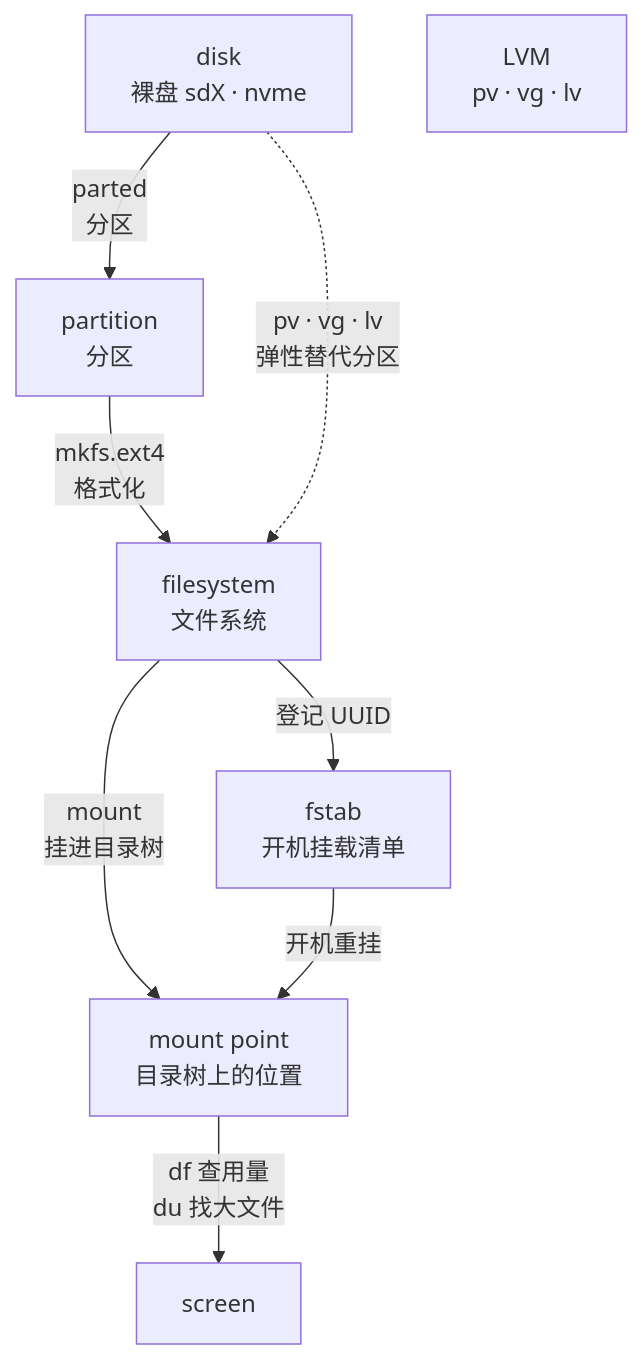
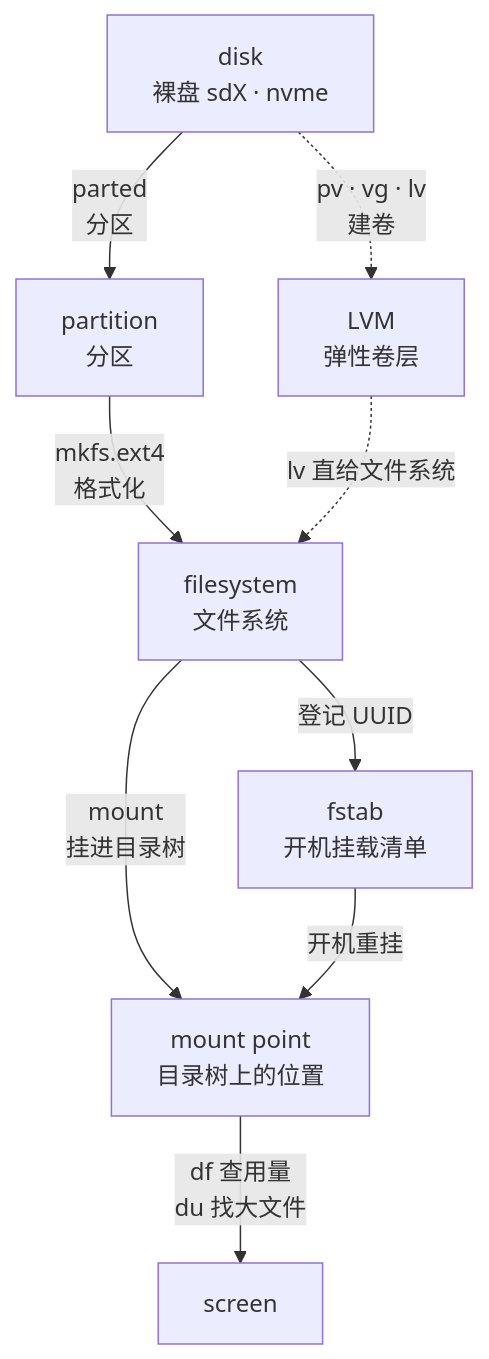
The diagram in src/linux-command/ch09.md (wangxiangnan/wangxiangnan.github.io), drawn with Mermaid before and after one commit. The commit also changed other lines of this file and 32 other files, not shown here.

````diff
--- a/src/linux-command/ch09.md
+++ b/src/linux-command/ch09.md
@@ -14,17 +12,18 @@
 ```mermaid
 flowchart TB
     D["disk<br>裸盘 sdX · nvme"]
     P["partition<br>分区"]
     FS["filesystem<br>文件系统"]
     M["mount point<br>目录树上的位置"]
     FSTAB["fstab<br>开机挂载清单"]
-    LVM["LVM<br>pv · vg · lv"]
+    LVM["LVM<br>弹性卷层"]
     S["screen"]
     D -->|"parted<br>分区"| P
     P -->|"mkfs.ext4<br>格式化"| FS
     FS -->|"mount<br>挂进目录树"| M
     FS -->|"登记 UUID"| FSTAB
     FSTAB -->|"开机重挂"| M
-    D -.->|"pv · vg · lv<br>弹性替代分区"| FS
+    D -.->|"pv · vg · lv<br>建卷"| LVM
+    LVM -.->|"lv 直给文件系统"| FS
     M -->|"df 查用量<br>du 找大文件"| S
 ```
````
